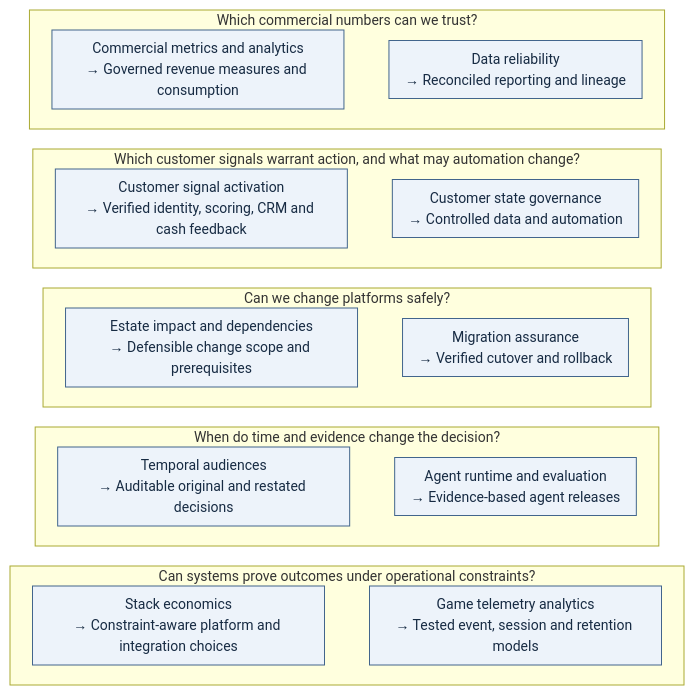
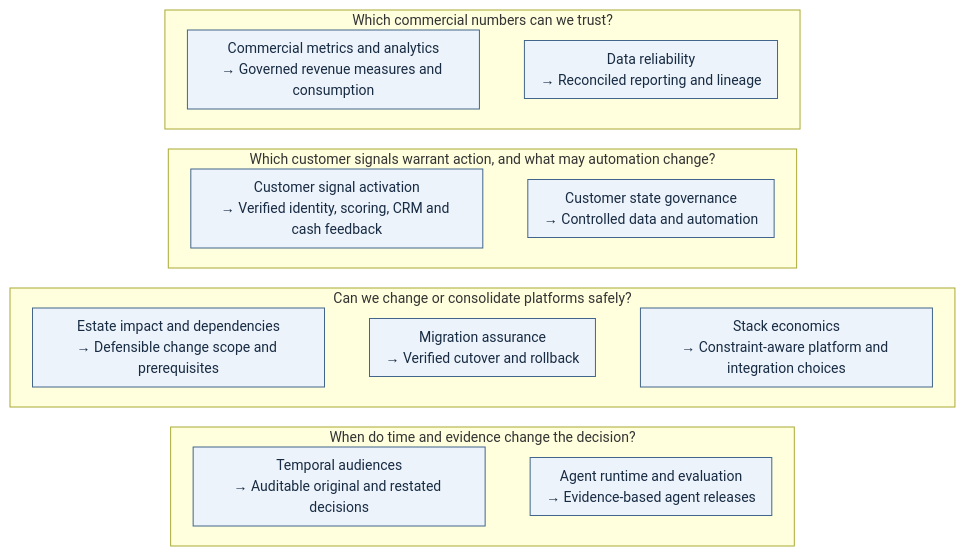
One commit to rlbsem/rlbsem changed the diagram in README.md. Above: the diagram before and after it, drawn with Mermaid. The commit also changed other lines of this file, not shown here.

Commit message:
Feature nine career-relevant systems projects; exclude game telemetry

````diff
--- a/README.md
+++ b/README.md
@@ -11,46 +11,41 @@
 ```mermaid
 ---
 config:
   flowchart:
     nodeSpacing: 20
     rankSpacing: 20
     padding: 8
     wrappingWidth: 260
   themeVariables:
     fontSize: 14px
 ---
 flowchart TB
   subgraph M[Which commercial numbers can we trust?]
     direction LR
     Q["Commercial metrics and analytics<br/>→ Governed revenue measures and consumption"]
     R["Data reliability<br/>→ Reconciled reporting and lineage"]
     Q ~~~ R
   end
   subgraph G[Which customer signals warrant action, and what may automation change?]
     direction LR
     S["Customer signal activation<br/>→ Verified identity, scoring, CRM and cash feedback"]
     C["Customer state governance<br/>→ Controlled data and automation"]
     S ~~~ C
   end
-  subgraph P[Can we change platforms safely?]
+  subgraph P[Can we change or consolidate platforms safely?]
     direction LR
     L["Estate impact and dependencies<br/>→ Defensible change scope and prerequisites"]
     E["Migration assurance<br/>→ Verified cutover and rollback"]
-    L ~~~ E
+    B["Stack economics<br/>→ Constraint-aware platform and integration choices"]
+    L ~~~ E ~~~ B
   end
   subgraph T[When do time and evidence change the decision?]
     direction LR
     F["Temporal audiences<br/>→ Auditable original and restated decisions"]
     D["Agent runtime and evaluation<br/>→ Evidence-based agent releases"]
     F ~~~ D
   end
-  subgraph X[Can systems prove outcomes under operational constraints?]
-    direction LR
-    B["Stack economics<br/>→ Constraint-aware platform and integration choices"]
-    H["Game telemetry analytics<br/>→ Tested event, session and retention models"]
-    B ~~~ H
-  end
-  M ~~~ G ~~~ P ~~~ T ~~~ X
+  M ~~~ G ~~~ P ~~~ T
   classDef capability fill:#edf3fa,stroke:#42658c,color:#172b43;
-  class Q,R,S,C,L,E,F,D,B,H capability;
+  class Q,R,S,C,L,E,F,D,B capability;
 ```
````
